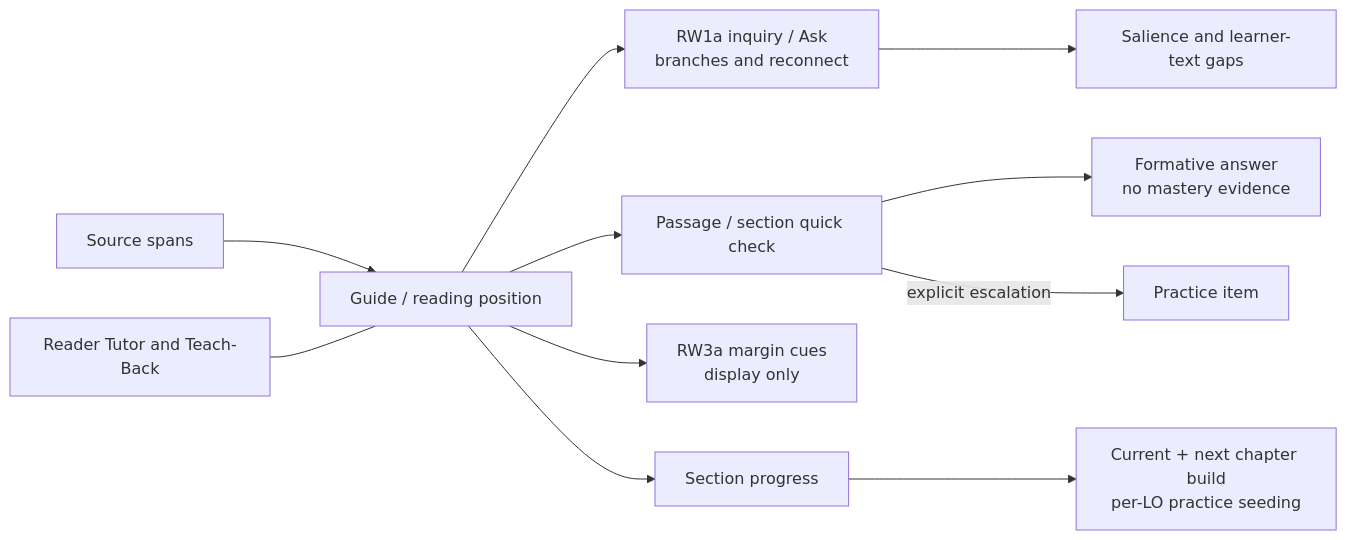
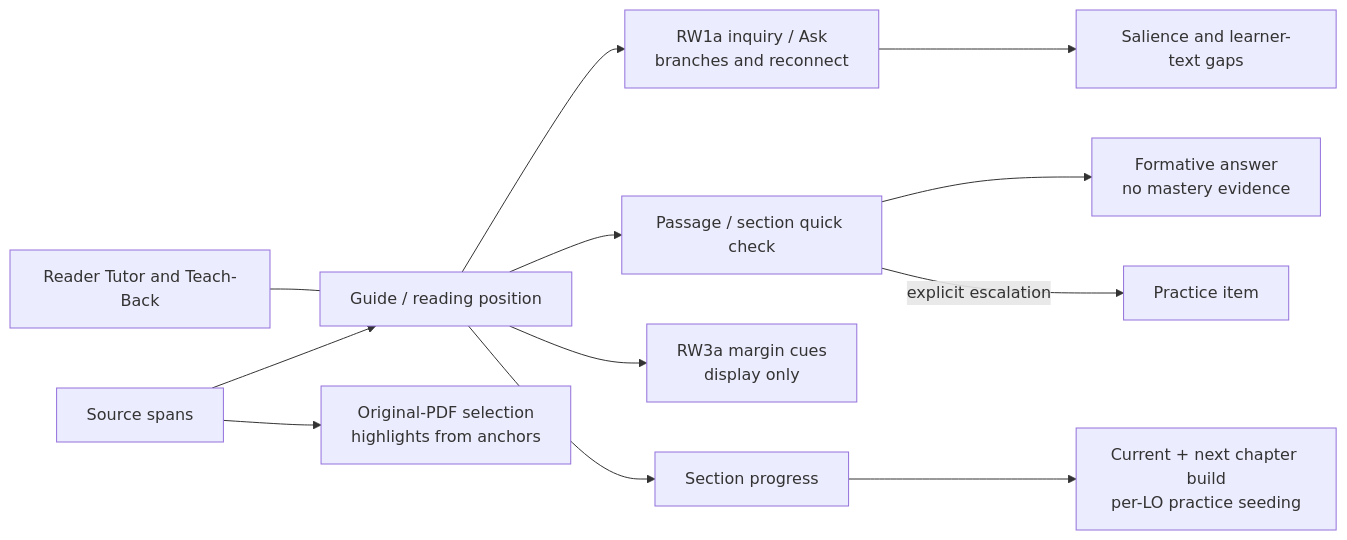
One commit to 6up-b/learnanything changed the third of 8 diagrams in docs/learnloop-architecture-vault/Maps/LearnLoop Pipeline Map.md. Above: the diagram before and after it, drawn with Mermaid. The commit also changed other lines of this file and 377 other files, not shown here.

First line of the commit message:
Regenerate the references after landing the original-PDF selection, and map its placement path and undo RPC in the Pipeline Map

````diff
--- a/docs/learnloop-architecture-vault/Maps/LearnLoop Pipeline Map.md
+++ b/docs/learnloop-architecture-vault/Maps/LearnLoop Pipeline Map.md
@@ -156,14 +158,15 @@
 ```mermaid
 flowchart LR
     S["Source spans"] --> G["Guide / reading position"]
     G --> A["RW1a inquiry / Ask<br/>branches and reconnect"]
     G --> Q["Passage / section quick check"]
     A --> T["Salience and learner-text gaps"]
     Q --> F["Formative answer<br/>no mastery evidence"]
     Q -->|explicit escalation| P["Practice item"]
     G --> C["RW3a margin cues<br/>display only"]
+    S --> H["Original-PDF selection<br/>highlights from anchors"]
     G --> R["Section progress"]
     R --> B["Current + next chapter build<br/>per-LO practice seeding"]
     N["Reader Tutor and Teach-Back"] --- G
     class N internal-link;
 ```
````
